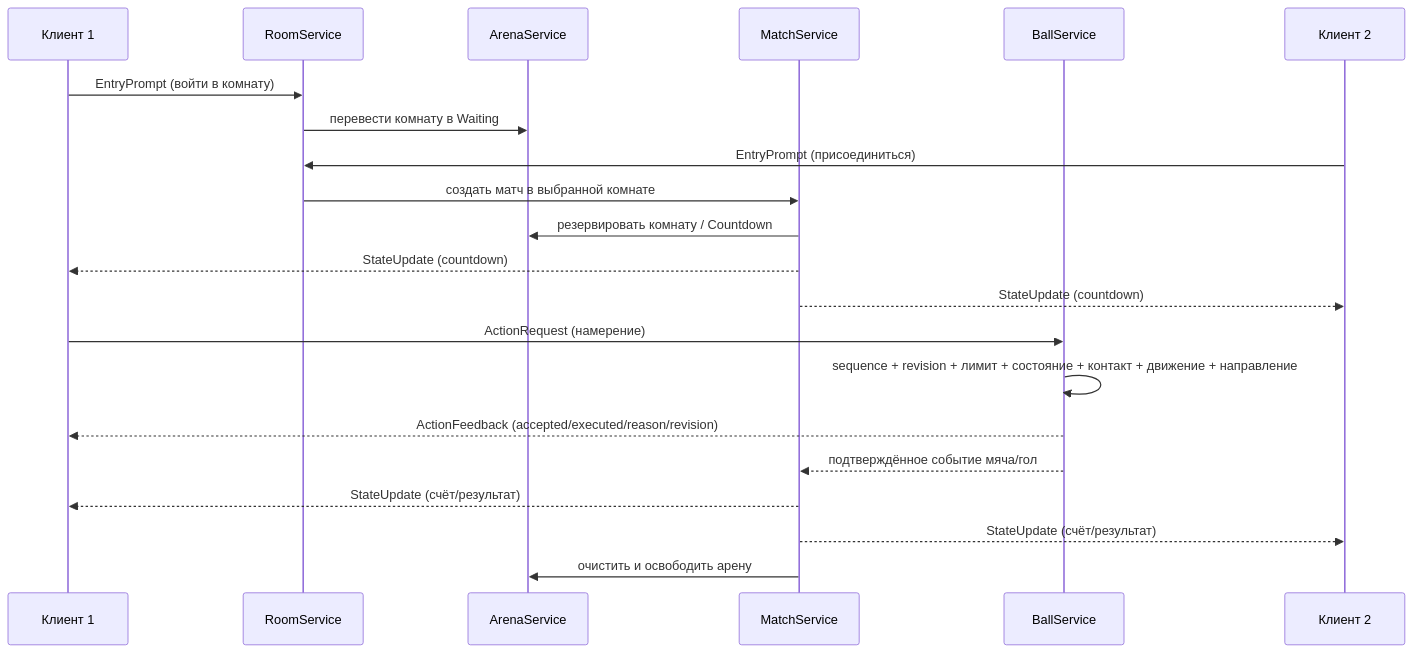
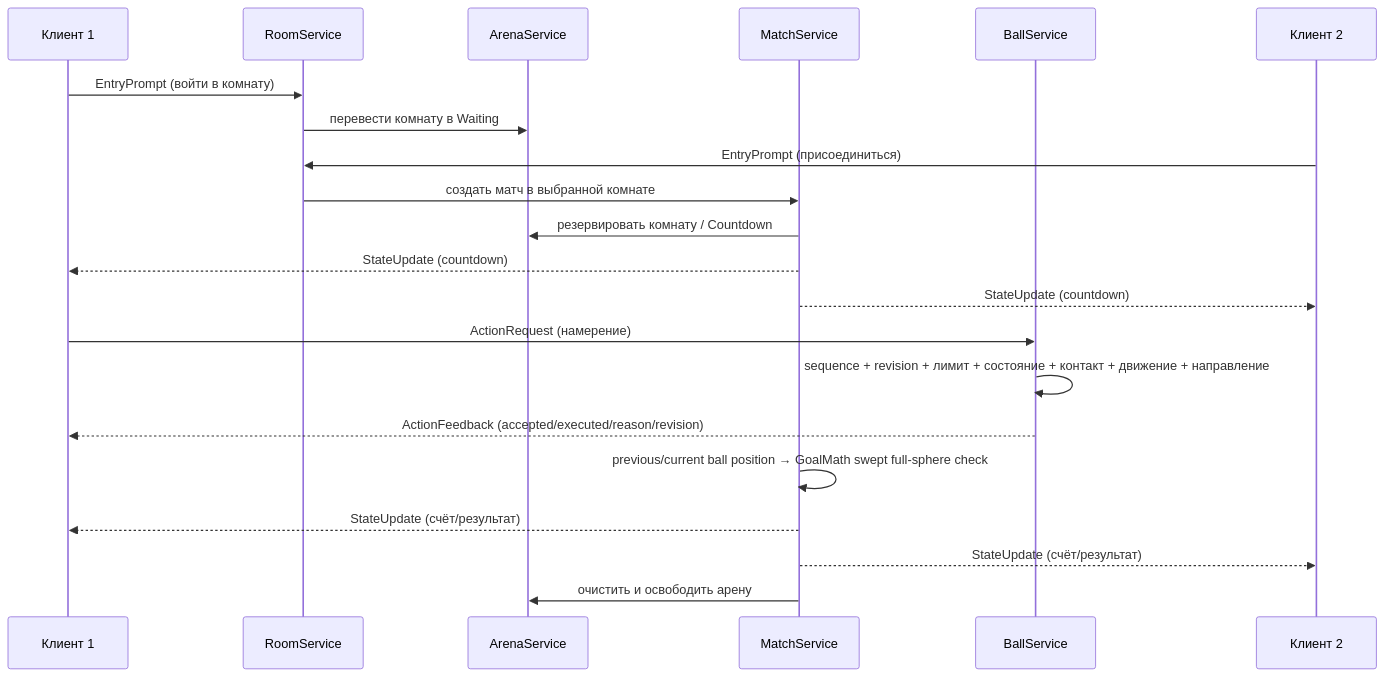
The diagram in docs/architecture.md (mokydek/Panna), drawn with Mermaid before and after one commit. The commit also changed other lines of this file and 25 other files, not shown here.

````diff
--- a/docs/architecture.md
+++ b/docs/architecture.md
@@ -110,24 +119,24 @@
 ```mermaid
 sequenceDiagram
     participant C1 as Клиент 1
     participant R as RoomService
     participant A as ArenaService
     participant M as MatchService
     participant B as BallService
     participant C2 as Клиент 2
 
     C1->>R: EntryPrompt (войти в комнату)
     R->>A: перевести комнату в Waiting
     C2->>R: EntryPrompt (присоединиться)
     R->>M: создать матч в выбранной комнате
     M->>A: резервировать комнату / Countdown
     M-->>C1: StateUpdate (countdown)
     M-->>C2: StateUpdate (countdown)
     C1->>B: ActionRequest (намерение)
     B->>B: sequence + revision + лимит + состояние + контакт + движение + направление
     B-->>C1: ActionFeedback (accepted/executed/reason/revision)
-    B-->>M: подтверждённое событие мяча/гол
+    M->>M: previous/current ball position → GoalMath swept full-sphere check
     M-->>C1: StateUpdate (счёт/результат)
     M-->>C2: StateUpdate (счёт/результат)
     M->>A: очистить и освободить арену
 ```
````
